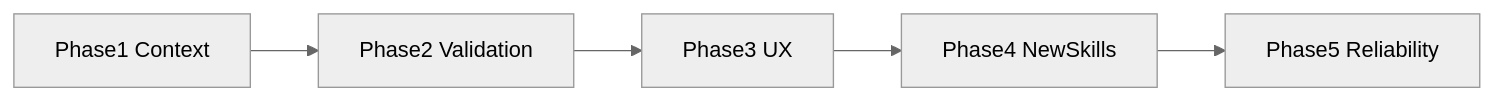
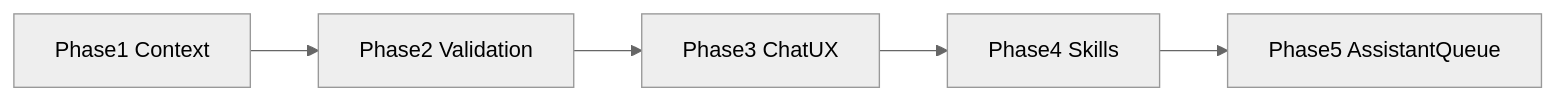
Before and after one commit to jacobziemba-dev/pc_fixer_app: the diagram in .cursor/plans/ai_tools_roadmap_dc987c57.plan.md, drawn with Mermaid (neutral theme). The commit also changed other lines of this file and 2 other files, not shown here.

First line of the commit message:
Refactor AI Tools Roadmap and Dashboard UI for improved clarity and functionality

````diff
--- a/.cursor/plans/ai_tools_roadmap_dc987c57.plan.md
+++ b/.cursor/plans/ai_tools_roadmap_dc987c57.plan.md
@@ -27,7 +33,7 @@
 ```mermaid
 flowchart LR
   P1[Phase1 Context] --> P2[Phase2 Validation]
-  P2 --> P3[Phase3 UX]
-  P3 --> P4[Phase4 NewSkills]
-  P4 --> P5[Phase5 Reliability]
+  P2 --> P3[Phase3 ChatUX]
+  P3 --> P4[Phase4 Skills]
+  P4 --> P5[Phase5 AssistantQueue]
 ```
````
